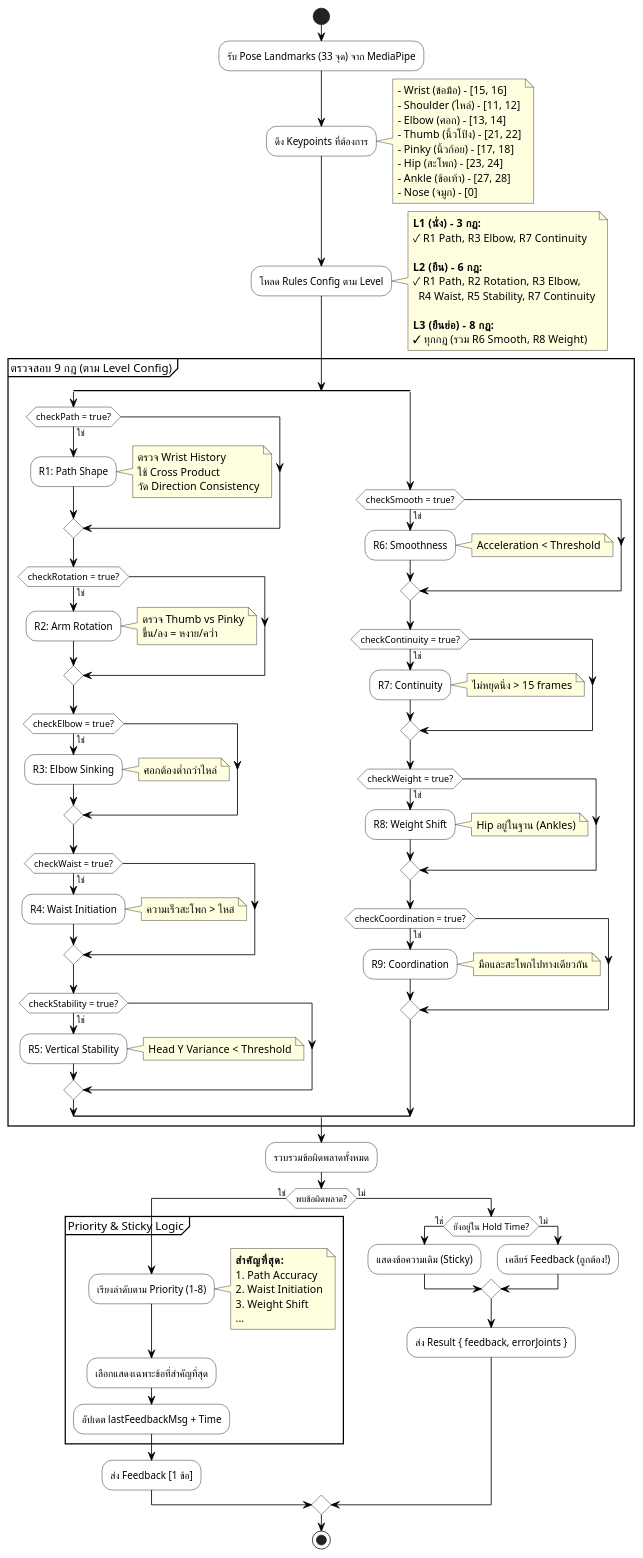
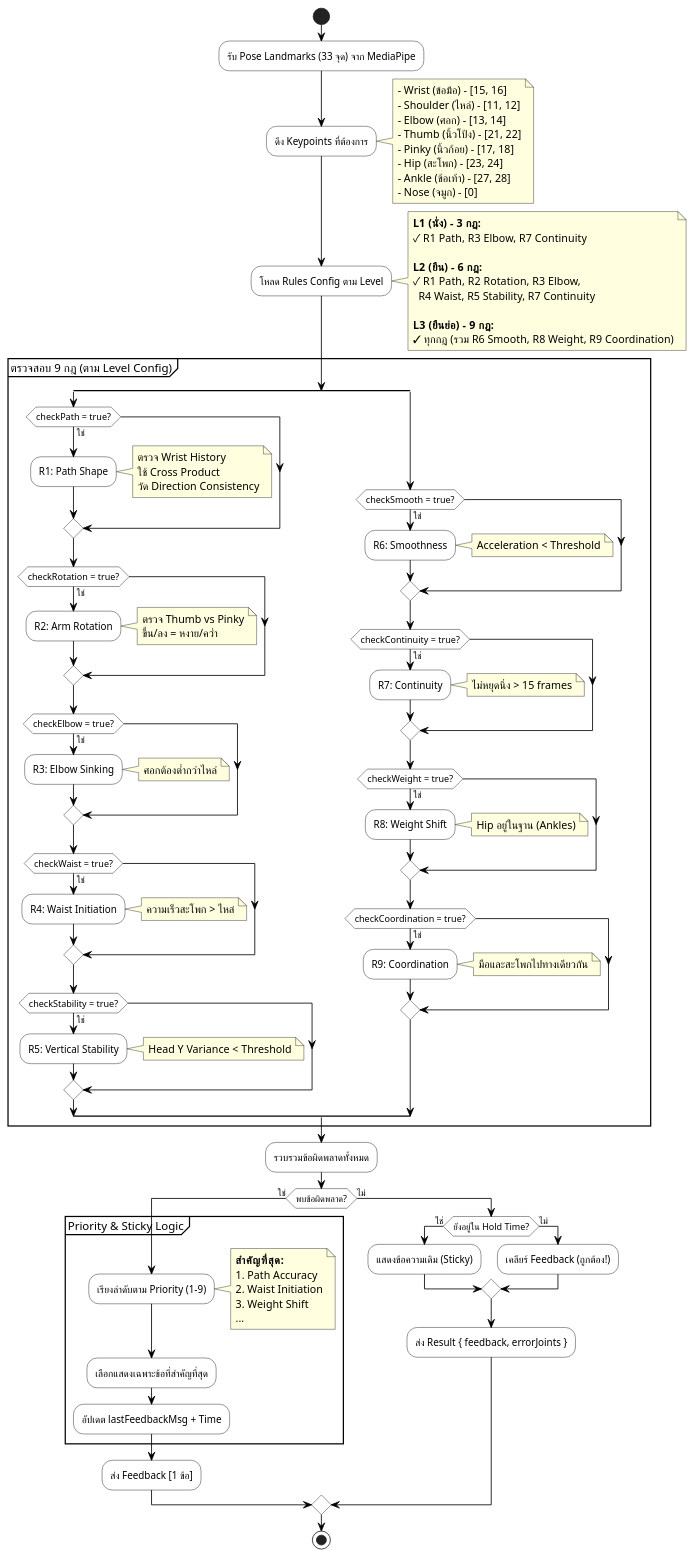
Before and after one commit to vyut/TaijiFlow: the diagram in docs/diagrams/ActivityDiagram_Heuristics.wsd, drawn with PlantUML. The commit also changed 24 other files, not shown here.

```diff
--- a/docs/diagrams/ActivityDiagram_Heuristics.wsd
+++ b/docs/diagrams/ActivityDiagram_Heuristics.wsd
@@ -1,150 +1,150 @@
 @startuml TaijiFlow_Activity_Diagram_Heuristics
 ' ============================================================================
-' TaijiFlow AI - Activity Diagram: Heuristics Engine (8 Rules Analysis)
+' TaijiFlow AI - Activity Diagram: Heuristics Engine (9 Rules Analysis)
 ' ============================================================================
-' แสดงขั้นตอนการวิเคราะห์ท่าทางตามหลักไท่จี๋ 8 ข้อ
+' แสดงขั้นตอนการวิเคราะห์ท่าทางตามหลักไท่จี๋ 9 ข้อ
 ' อ้างอิงจาก: heuristics_engine.js -> analyze() method
 ' ============================================================================
 
 skinparam defaultFontName "sarabun"
 skinparam activity {
     BackgroundColor White
     BorderColor Black
     ArrowColor Black
 }
 skinparam note {
     BackgroundColor LightYellow
 }
 
 start
 
 :รับ Pose Landmarks (33 จุด) จาก MediaPipe;
 
 :ดึง Keypoints ที่ต้องการ;
 note right
     - Wrist (ข้อมือ) - [15, 16]
     - Shoulder (ไหล่) - [11, 12]
     - Elbow (ศอก) - [13, 14]
     - Thumb (นิ้วโป้ง) - [21, 22]
     - Pinky (นิ้วก้อย) - [17, 18]
     - Hip (สะโพก) - [23, 24]
     - Ankle (ข้อเท้า) - [27, 28]
     - Nose (จมูก) - [0]
 end note
 
 :โหลด Rules Config ตาม Level;
 note right
     **L1 (นั่ง) - 3 กฎ:**
     ✓ R1 Path, R3 Elbow, R7 Continuity
 
     **L2 (ยืน) - 6 กฎ:**
     ✓ R1 Path, R2 Rotation, R3 Elbow,
       R4 Waist, R5 Stability, R7 Continuity
 
-    **L3 (ยืนย่อ) - 8 กฎ:**
-    ✓ ทุกกฎ (รวม R6 Smooth, R8 Weight)
+    **L3 (ยืนย่อ) - 9 กฎ:**
+    ✓ ทุกกฎ (รวม R6 Smooth, R8 Weight, R9 Coordination)
 end note
 
 partition "ตรวจสอบ 9 กฎ (ตาม Level Config)" {
     
 split
     if (checkPath = true?) then (ใช่)
         :R1: Path Shape;
         note right
             ตรวจ Wrist History
             ใช้ Cross Product
             วัด Direction Consistency
         end note
     endif
     
     if (checkRotation = true?) then (ใช่)
         :R2: Arm Rotation;
         note right
             ตรวจ Thumb vs Pinky
             ขึ้น/ลง = หงาย/คว่ำ
         end note
     endif
     
     if (checkElbow = true?) then (ใช่)
         :R3: Elbow Sinking;
         note right
             ศอกต้องต่ำกว่าไหล่
         end note
     endif
     
     if (checkWaist = true?) then (ใช่)
         :R4: Waist Initiation;
         note right
             ความเร็วสะโพก > ไหล่
         end note
     endif
     
     if (checkStability = true?) then (ใช่)
         :R5: Vertical Stability;
         note right
             Head Y Variance < Threshold
         end note
     endif
     
 split again
     ' ========== คอลัมน์ขวา: Rules 6-9 ==========
     
     if (checkSmooth = true?) then (ใช่)
         :R6: Smoothness;
         note right
             Acceleration < Threshold
         end note
     endif
     
     if (checkContinuity = true?) then (ใช่)
         :R7: Continuity;
         note right
             ไม่หยุดนิ่ง > 15 frames
         end note
     endif
     
     if (checkWeight = true?) then (ใช่)
         :R8: Weight Shift;
         note right
             Hip อยู่ในฐาน (Ankles)
         end note
     endif
 
     if (checkCoordination = true?) then (ใช่)
         :R9: Coordination;
         note right
             มือและสะโพกไปทางเดียวกัน
         end note
     endif
 
 end split
 
 }
 
 :รวบรวมข้อผิดพลาดทั้งหมด;
 
 if (พบข้อผิดพลาด?) then (ใช่)
     partition "Priority & Sticky Logic" {
-        :เรียงลำดับตาม Priority (1-8);
+        :เรียงลำดับตาม Priority (1-9);
         note right
             **สำคัญที่สุด:**
             1. Path Accuracy
             2. Waist Initiation
             3. Weight Shift
             ...
         end note
         :เลือกแสดงเฉพาะข้อที่สำคัญที่สุด;
         :อัปเดต lastFeedbackMsg + Time;
     }
     :ส่ง Feedback [1 ข้อ];
 else (ไม่)
     if (ยังอยู่ใน Hold Time?) then (ใช่)
         :แสดงข้อความเดิม (Sticky);
     else (ไม่)
         :เคลียร์ Feedback (ถูกต้อง!);
     endif
     :ส่ง Result { feedback, errorJoints };
 endif
 
 stop
 @enduml
```
